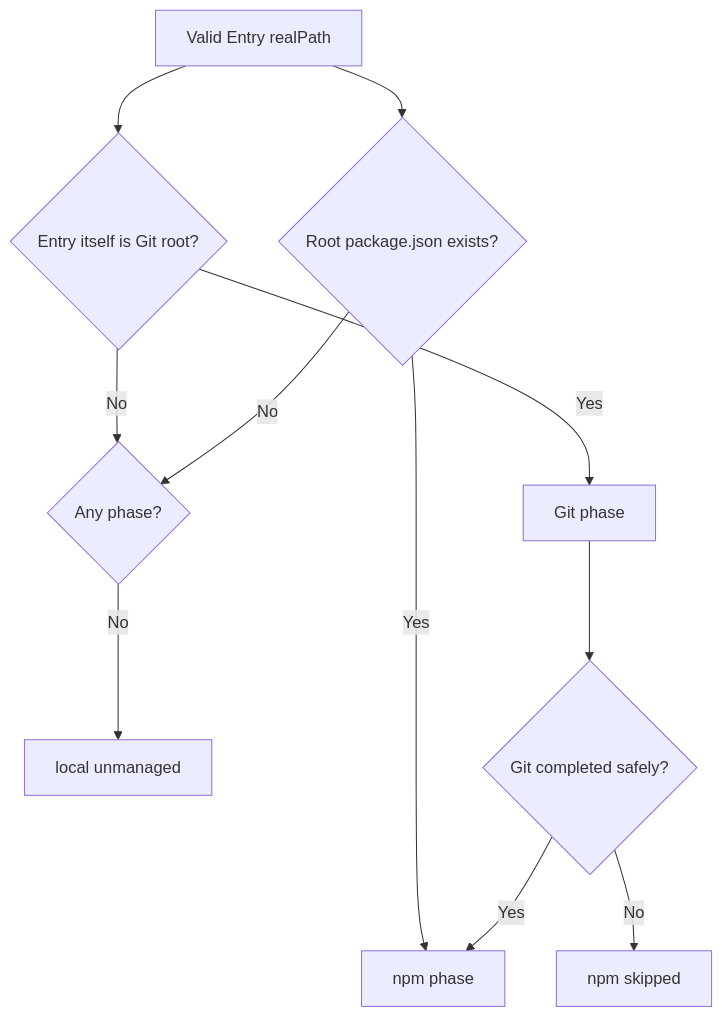
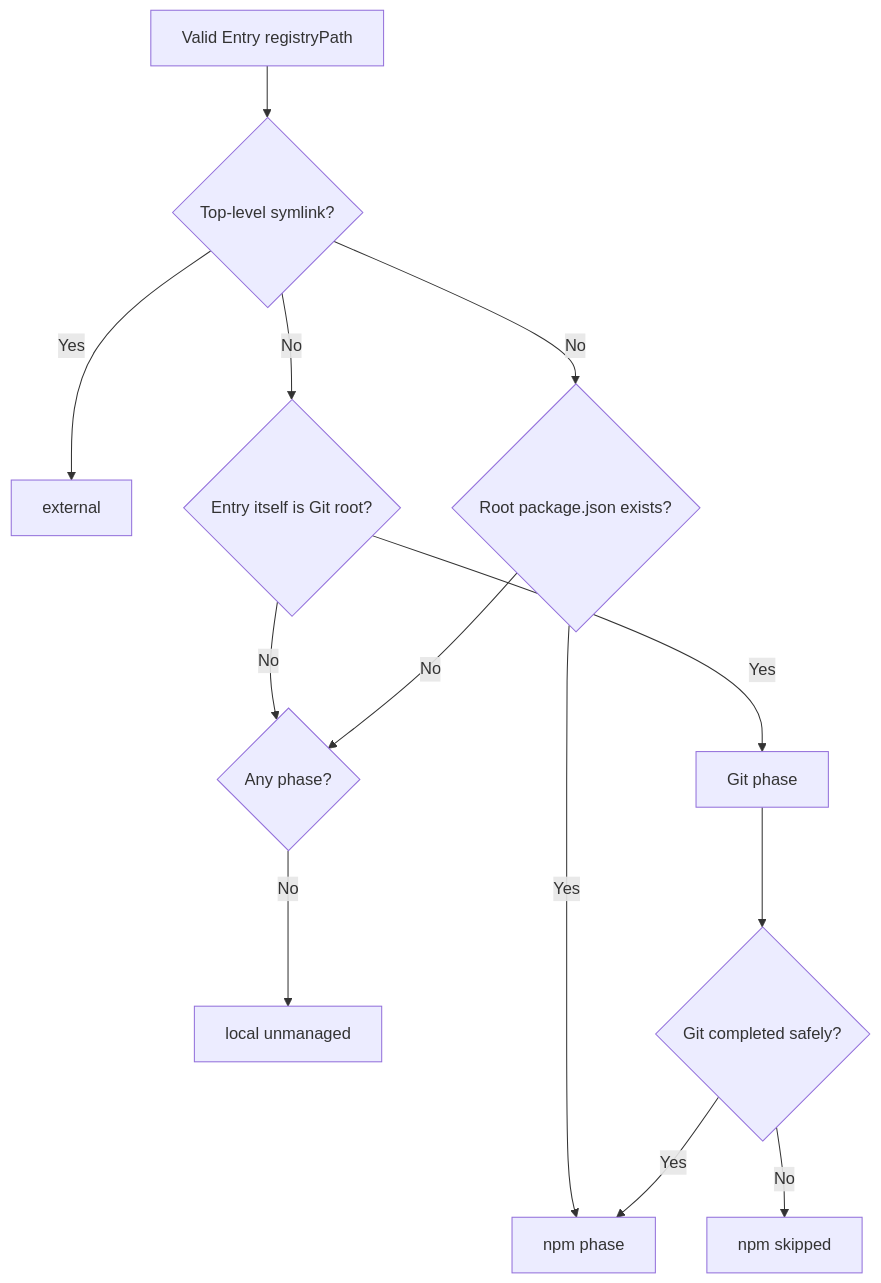
The fourth of 4 diagrams in docs/RPD.md (SCPZ24/piw), drawn with Mermaid before and after one commit. The commit also changed other lines of this file and 21 other files, not shown here.

````diff
--- a/docs/RPD.md
+++ b/docs/RPD.md
@@ -383,13 +399,15 @@
 ```mermaid
 flowchart TD
-    Entry[Valid Entry realPath] --> Git{Entry itself is Git root?}
-    Entry --> Npm{Root package.json exists?}
+    Entry[Valid Entry registryPath] --> Link{Top-level symlink?}
+    Link -- Yes --> External[external]
+    Link -- No --> Git{Entry itself is Git root?}
+    Link -- No --> Npm{Root package.json exists?}
     Git -- Yes --> G[Git phase]
     Npm -- Yes --> N[npm phase]
     Git -- No --> None{Any phase?}
     Npm -- No --> None
     None -- No --> U[local unmanaged]
     G --> Safe{Git completed safely?}
     Safe -- Yes --> N
     Safe -- No --> Skip[npm skipped]
 ```
````
